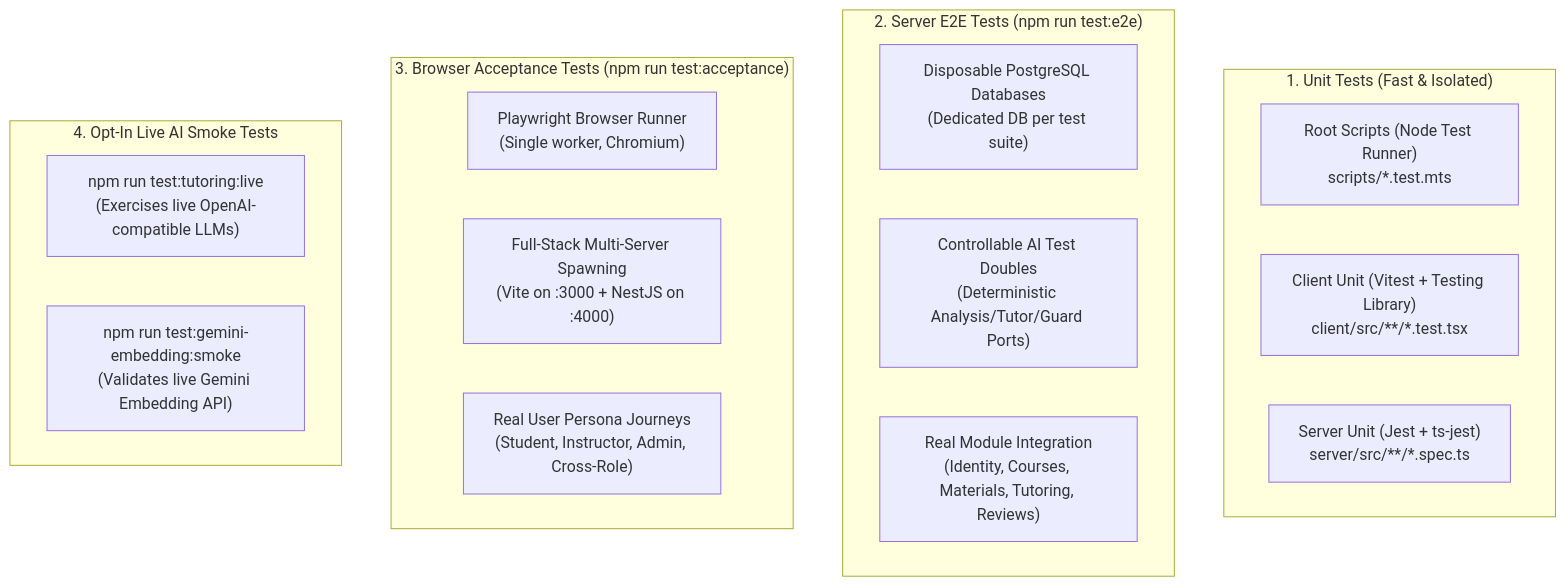
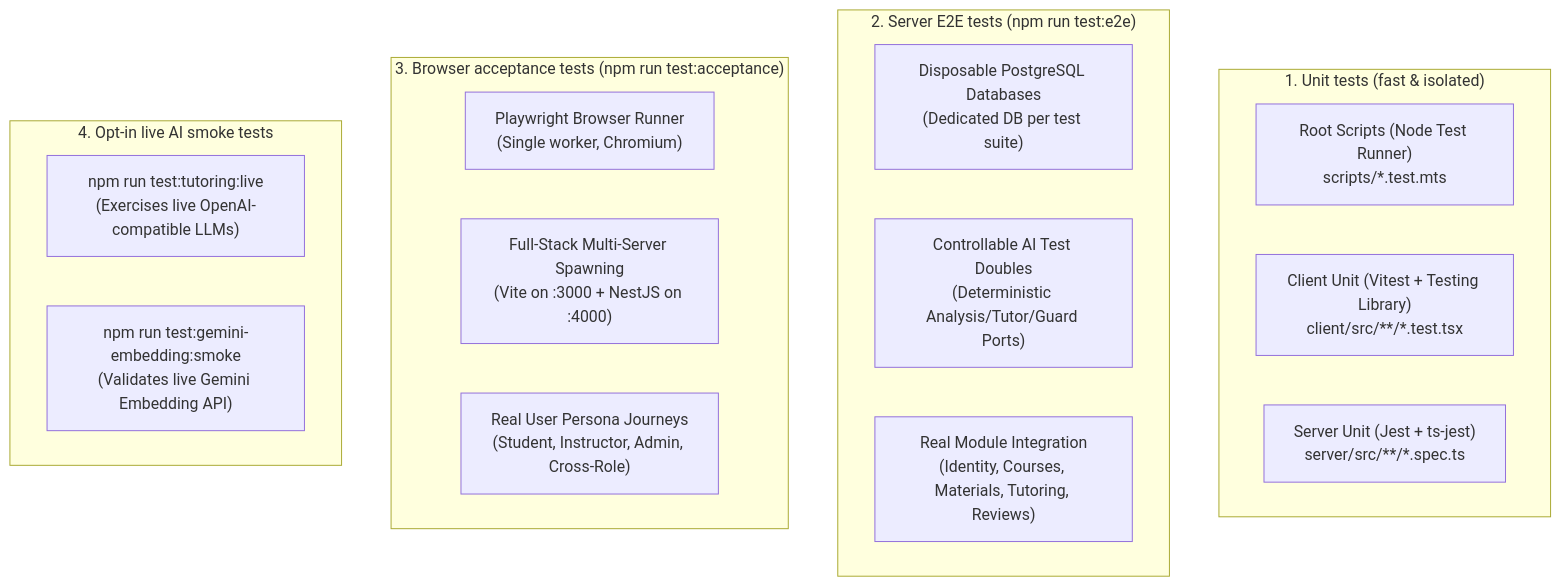
Before and after one commit to MahmoudAhmed184/Morshid: the second of 3 diagrams in docs/developer-guide/16-testing-and-quality-assurance.md, drawn with Mermaid. The commit also changed other lines of this file and 19 other files, not shown here.

````diff
--- a/docs/developer-guide/16-testing-and-quality-assurance.md
+++ b/docs/developer-guide/16-testing-and-quality-assurance.md
@@ -31,25 +31,25 @@
 ```mermaid
 graph TD
-    subgraph Unit["1. Unit Tests (Fast & Isolated)"]
+    subgraph Unit["1. Unit tests (fast & isolated)"]
         U1["Root Scripts (Node Test Runner)<br/>scripts/*.test.mts"]
         U2["Client Unit (Vitest + Testing Library)<br/>client/src/**/*.test.tsx"]
         U3["Server Unit (Jest + ts-jest)<br/>server/src/**/*.spec.ts"]
     end
 
-    subgraph Integration["2. Server E2E Tests (npm run test:e2e)"]
+    subgraph Integration["2. Server E2E tests (npm run test:e2e)"]
         E1["Disposable PostgreSQL Databases<br/>(Dedicated DB per test suite)"]
         E2["Controllable AI Test Doubles<br/>(Deterministic Analysis/Tutor/Guard Ports)"]
         E3["Real Module Integration<br/>(Identity, Courses, Materials, Tutoring, Reviews)"]
     end
 
-    subgraph Acceptance["3. Browser Acceptance Tests (npm run test:acceptance)"]
+    subgraph Acceptance["3. Browser acceptance tests (npm run test:acceptance)"]
         A1["Playwright Browser Runner<br/>(Single worker, Chromium)"]
         A2["Full-Stack Multi-Server Spawning<br/>(Vite on :3000 + NestJS on :4000)"]
         A3["Real User Persona Journeys<br/>(Student, Instructor, Admin, Cross-Role)"]
     end
 
-    subgraph LiveSmoke["4. Opt-In Live AI Smoke Tests"]
+    subgraph LiveSmoke["4. Opt-in live AI smoke tests"]
         L1["npm run test:tutoring:live<br/>(Exercises live OpenAI-compatible LLMs)"]
         L2["npm run test:gemini-embedding:smoke<br/>(Validates live Gemini Embedding API)"]
     end
 ```
````
